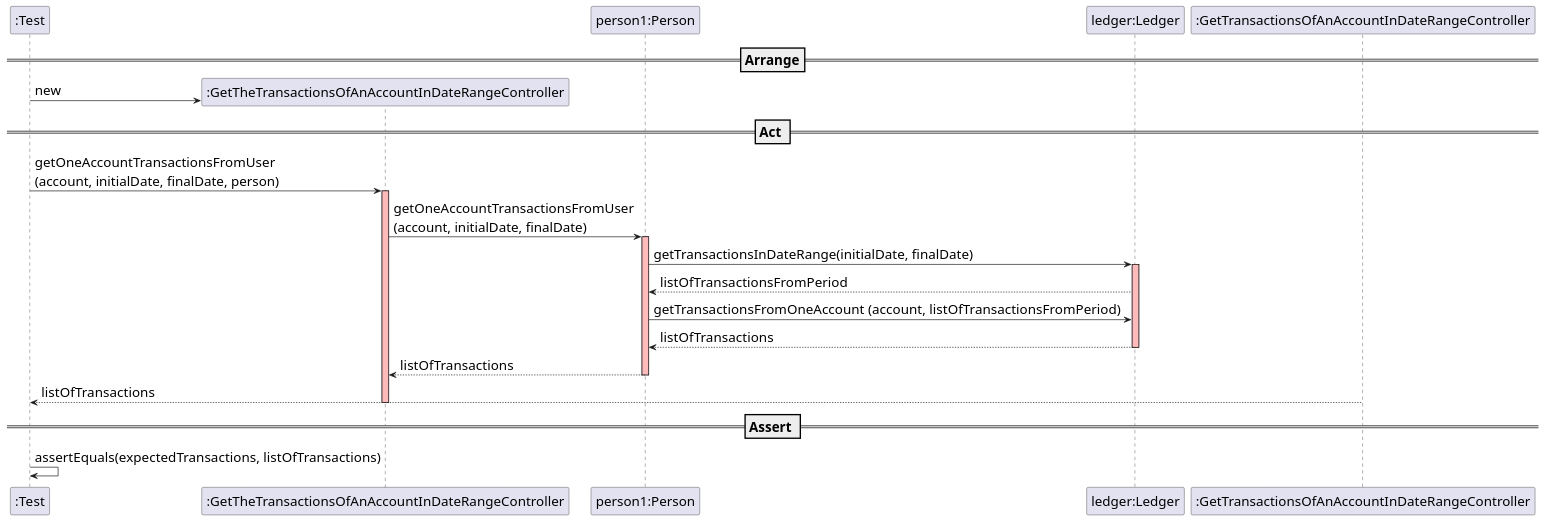
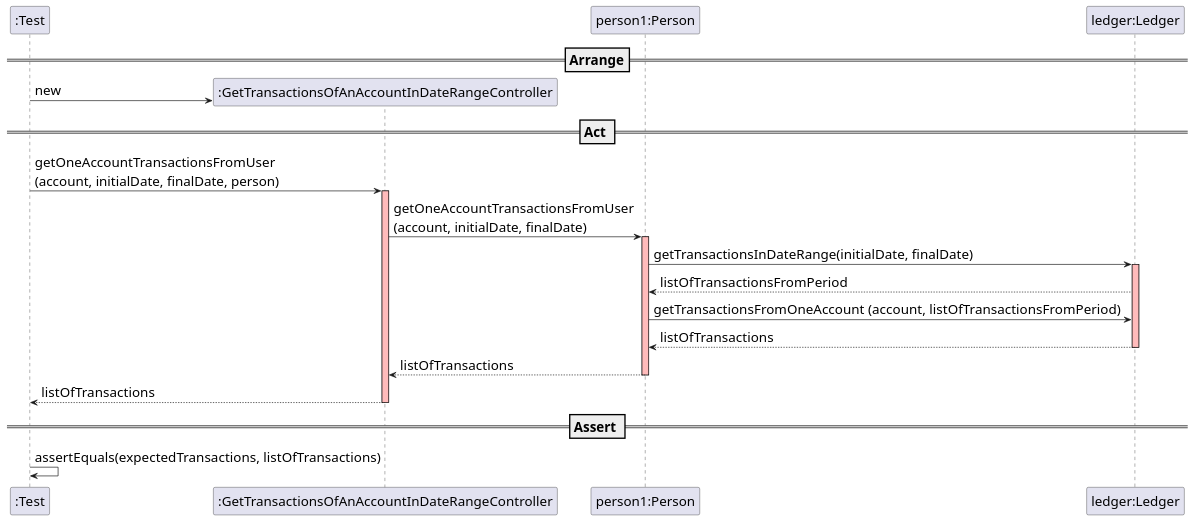
Before and after one commit to mleitaoribeiro/DevOpsMaven: the diagram in docs/SequenceDiagram - US010.1.puml, drawn with PlantUML. The commit also changed 3 other files, not shown here.

```diff
--- a/docs/SequenceDiagram - US010.1.puml
+++ b/docs/SequenceDiagram - US010.1.puml
@@ -1,42 +1,42 @@
 @startuml
 
 skinparam DefaultFontSize 20
 
 create ":Test"
 
 ==Arrange==
 
-create ":GetTheTransactionsOfAnAccountInDateRangeController"
-":Test" -> ":GetTheTransactionsOfAnAccountInDateRangeController" : new
+create ":GetTransactionsOfAnAccountInDateRangeController"
+":Test" -> ":GetTransactionsOfAnAccountInDateRangeController" : new
 
 participant "person1:Person"
 
 participant "ledger:Ledger"
 deactivate "person1:Person" #FFBBBB
 deactivate ":GetTransactionsOfAnAccountInDateRangeController" #FFBBBB
 
 == Act ==
 
-":Test" -> ":GetTheTransactionsOfAnAccountInDateRangeController" : getOneAccountTransactionsFromUser\n(account, initialDate, finalDate, person)
-activate ":GetTheTransactionsOfAnAccountInDateRangeController" #FFBBBB
-":GetTheTransactionsOfAnAccountInDateRangeController" -> "person1:Person" : getOneAccountTransactionsFromUser\n(account, initialDate, finalDate)
+":Test" -> ":GetTransactionsOfAnAccountInDateRangeController" : getOneAccountTransactionsFromUser\n(account, initialDate, finalDate, person)
+activate ":GetTransactionsOfAnAccountInDateRangeController" #FFBBBB
+":GetTransactionsOfAnAccountInDateRangeController" -> "person1:Person" : getOneAccountTransactionsFromUser\n(account, initialDate, finalDate)
 activate "person1:Person" #FFBBBB
 
 
 "person1:Person" -> "ledger:Ledger" : getTransactionsInDateRange(initialDate, finalDate)
 activate "ledger:Ledger" #FFBBBB
 "ledger:Ledger" --> "person1:Person" : listOfTransactionsFromPeriod
 
 "person1:Person" -> "ledger:Ledger" : getTransactionsFromOneAccount (account, listOfTransactionsFromPeriod)
 "ledger:Ledger" --> "person1:Person" : listOfTransactions
 deactivate "ledger:Ledger" #FFBBBB
-"person1:Person" --> ":GetTheTransactionsOfAnAccountInDateRangeController" : listOfTransactions
+"person1:Person" --> ":GetTransactionsOfAnAccountInDateRangeController" : listOfTransactions
 deactivate "person1:Person" #FFBBBB
 ":GetTransactionsOfAnAccountInDateRangeController" --> ":Test" : listOfTransactions
-deactivate ":GetTheTransactionsOfAnAccountInDateRangeController" #FFBBBB
+deactivate ":GetTransactionsOfAnAccountInDateRangeController" #FFBBBB
 
 == Assert ==
 
 ":Test" -> ":Test" : assertEquals(expectedTransactions, listOfTransactions)
 
 @enduml
```
